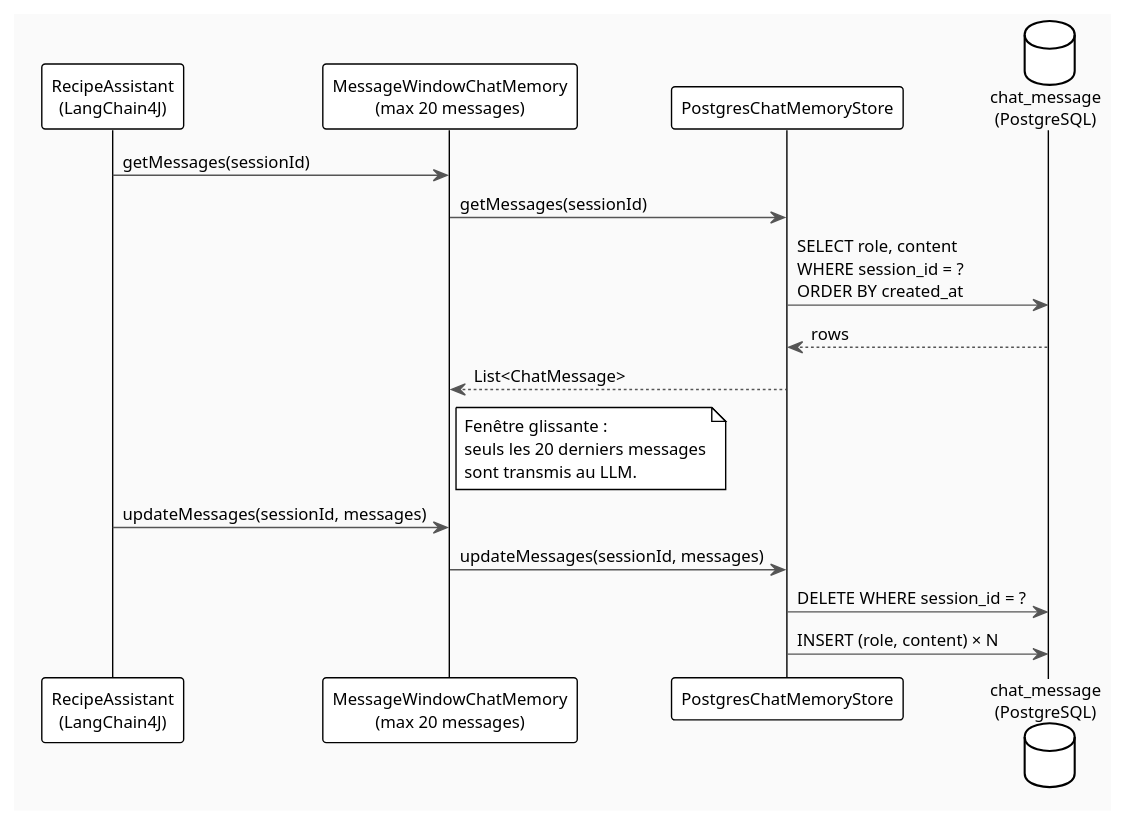
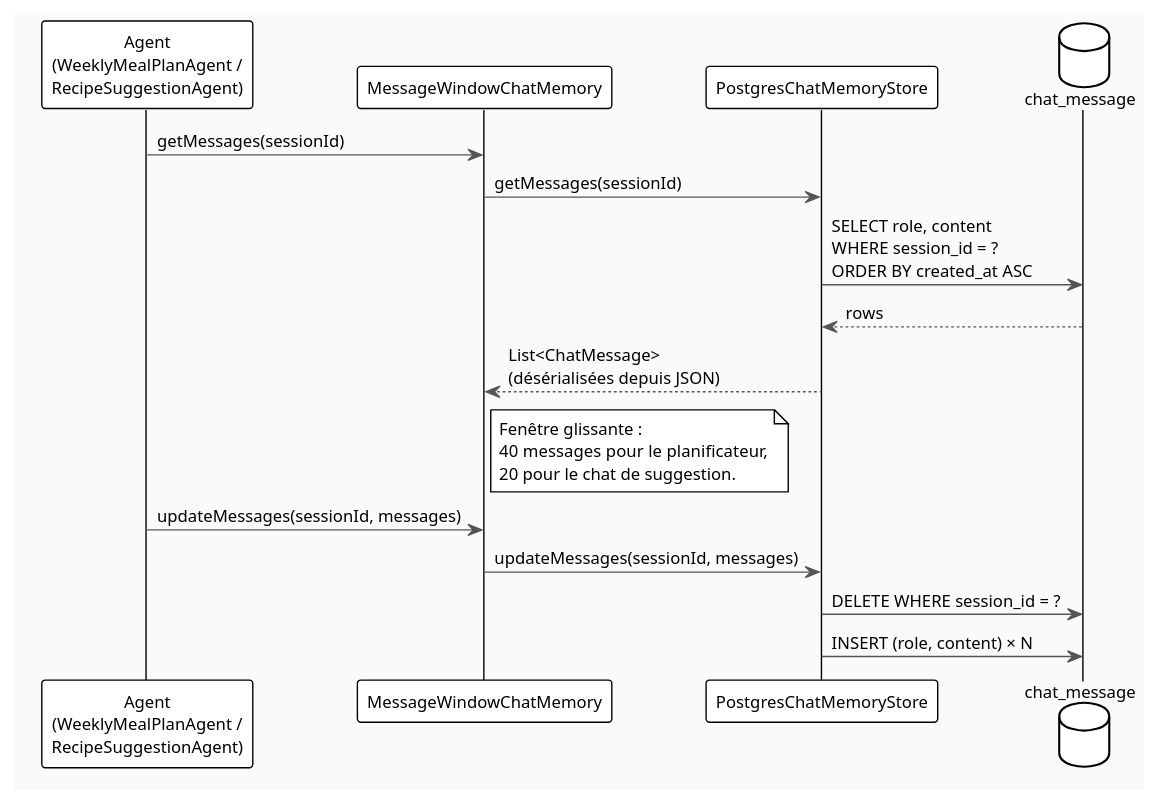
The third of 3 diagrams in docs/modules/ROOT/pages/ai.adoc (seblaporte/KitchenVault), drawn with PlantUML before and after one commit. The commit also changed other lines of this file and 54 other files, not shown here.

```diff
--- a/docs/modules/ROOT/pages/ai.adoc
+++ b/docs/modules/ROOT/pages/ai.adoc
@@ -346,31 +202,31 @@
 [plantuml]
 ....
 @startuml
 !theme plain
 skinparam backgroundColor #FAFAFA
 skinparam defaultFontSize 12
 skinparam ArrowColor #555555
 
-participant "RecipeAssistant\n(LangChain4J)" as AI
-participant "MessageWindowChatMemory\n(max 20 messages)" as Window
+participant "Agent\n(WeeklyMealPlanAgent /\nRecipeSuggestionAgent)" as AI
+participant "MessageWindowChatMemory" as Window
 participant "PostgresChatMemoryStore" as Store
-database "chat_message\n(PostgreSQL)" as DB
+database "chat_message" as DB
 
 AI -> Window : getMessages(sessionId)
 Window -> Store : getMessages(sessionId)
-Store -> DB : SELECT role, content\nWHERE session_id = ?\nORDER BY created_at
+Store -> DB : SELECT role, content\nWHERE session_id = ?\nORDER BY created_at ASC
 DB --> Store : rows
-Store --> Window : List<ChatMessage>
+Store --> Window : List<ChatMessage>\n(désérialisées depuis JSON)
 
 note right of Window
   Fenêtre glissante :
-  seuls les 20 derniers messages
-  sont transmis au LLM.
+  40 messages pour le planificateur,
+  20 pour le chat de suggestion.
 end note
 
 AI -> Window : updateMessages(sessionId, messages)
 Window -> Store : updateMessages(sessionId, messages)
 Store -> DB : DELETE WHERE session_id = ?
 Store -> DB : INSERT (role, content) × N
 @enduml
 ....
```
